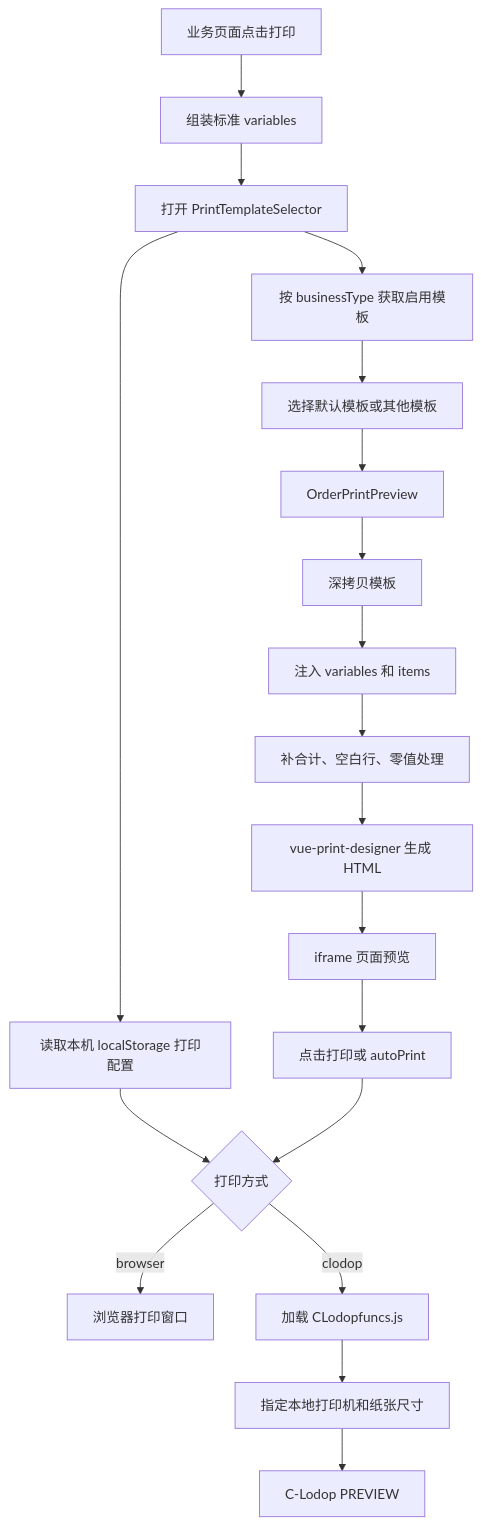
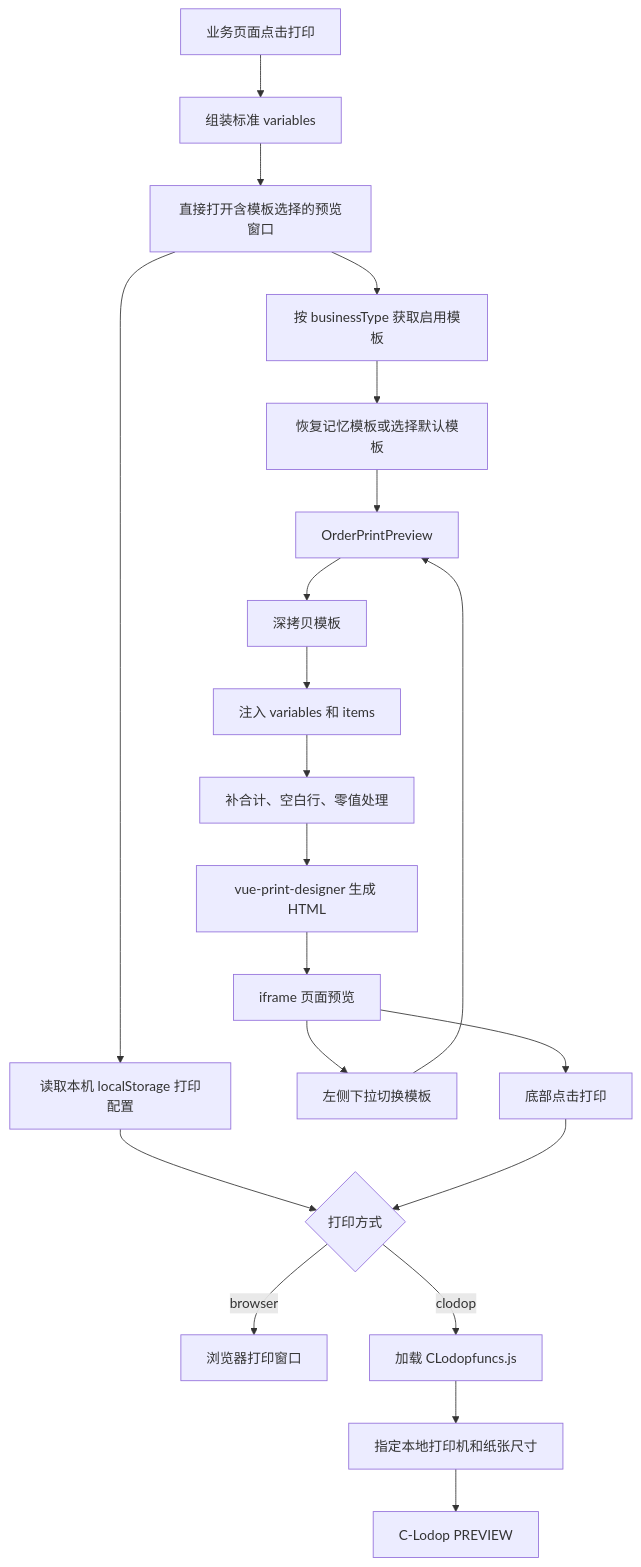
One commit to 1763686131/order_system changed the second of 2 diagrams in docs/打印机项目实现.md. Above: the diagram before and after it, drawn with Mermaid. The commit also changed other lines of this file and 7 other files, not shown here.

````diff
--- a/docs/打印机项目实现.md
+++ b/docs/打印机项目实现.md
@@ -121,21 +122,23 @@
 ```mermaid
 flowchart TD
     A[业务页面点击打印] --> B[组装标准 variables]
-    B --> C[打开 PrintTemplateSelector]
+    B --> C[直接打开含模板选择的预览窗口]
     C --> D[按 businessType 获取启用模板]
     C --> E[读取本机 localStorage 打印配置]
-    D --> F[选择默认模板或其他模板]
+    D --> F[恢复记忆模板或选择默认模板]
     E --> G{打印方式}
     F --> H[OrderPrintPreview]
     H --> I[深拷贝模板]
     I --> J[注入 variables 和 items]
     J --> K[补合计、空白行、零值处理]
     K --> L[vue-print-designer 生成 HTML]
     L --> M[iframe 页面预览]
-    M --> N[点击打印或 autoPrint]
+    M --> S[左侧下拉切换模板]
+    S --> H
+    M --> N[底部点击打印]
     N --> G
     G -->|browser| O[浏览器打印窗口]
     G -->|clodop| P[加载 CLodopfuncs.js]
     P --> Q[指定本地打印机和纸张尺寸]
     Q --> R[C-Lodop PREVIEW]
 ```
````
